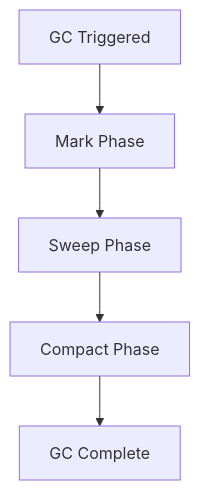
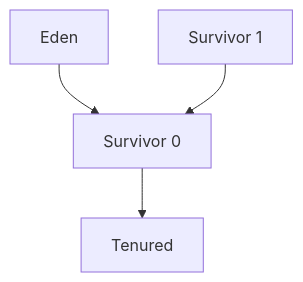
Before and after one commit to VrushankPatel/interview-matters: the second of 2 diagrams in garbage-collection-algorithms/README.md, drawn with Mermaid. The commit also changed other lines of this file and 7 other files, not shown here.

````diff
--- a/garbage-collection-algorithms/README.md
+++ b/garbage-collection-algorithms/README.md
@@ -75,7 +125,6 @@
 ```mermaid
 graph TD
-    A[GC Triggered] --> B[Mark Phase]
-    B --> C[Sweep Phase]
-    C --> D[Compact Phase]
-    D --> E[GC Complete]
+    A[Eden] --> B[Survivor 0]
+    C[Survivor 1] --> B
+    B --> D[Tenured]
 ```
````
